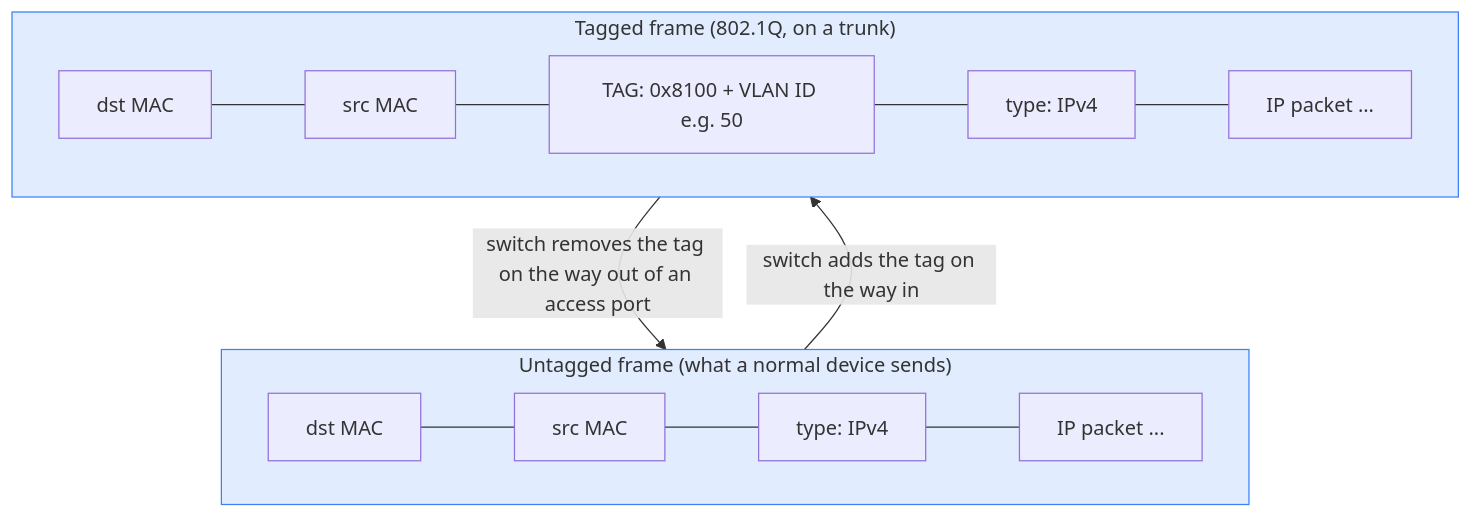
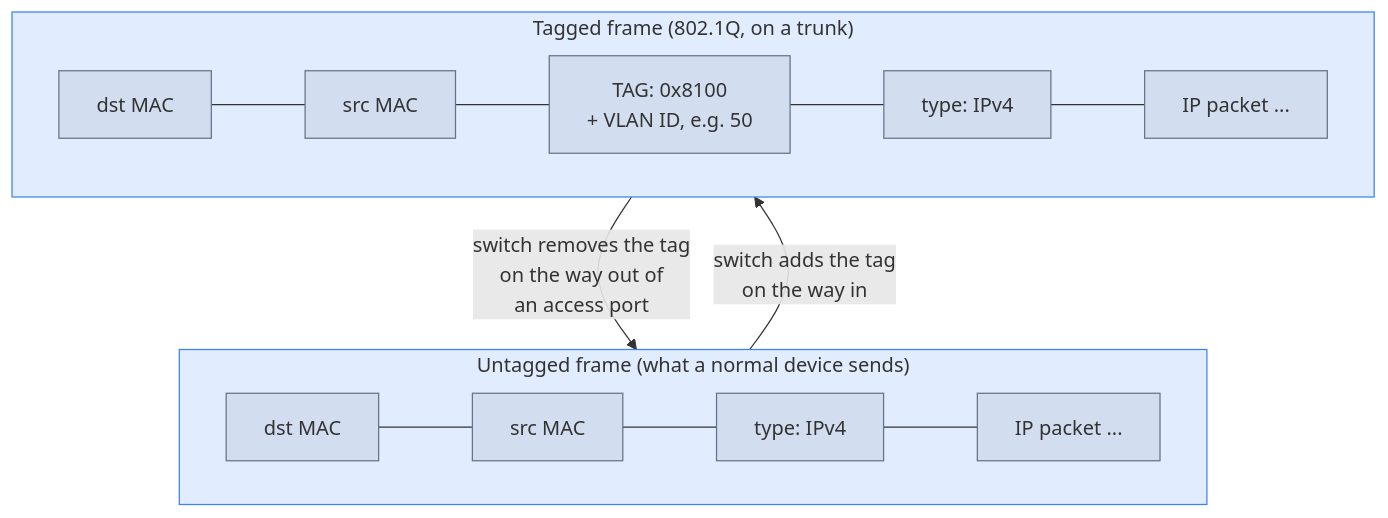
One commit to mithun3/tech-blog changed the first of 7 diagrams in content/pages/networking/basics/vlans-and-broadcast-domains.mdx. Above: the diagram before and after it, drawn with Mermaid. The commit also changed other lines of this file and 8 other files, not shown here.

Commit message:
mermaid updates.

````diff
--- a/content/pages/networking/basics/vlans-and-broadcast-domains.mdx
+++ b/content/pages/networking/basics/vlans-and-broadcast-domains.mdx
@@ -39,13 +39,29 @@
 ```mermaid
+---
+config:
+  look: classic
+  fontFamily: "system-ui, -apple-system, Segoe UI, Roboto, Helvetica, Arial, sans-serif"
+  themeCSS: ".node rect, .cluster rect { rx: 6px; ry: 6px; }"
+  flowchart:
+    wrappingWidth: 200
+    minNodeWidth: 80
+  themeVariables:
+    mainBkg: "#64748b1f"
+    nodeBorder: "#64748b"
+    clusterBkg: "#64748b14"
+    clusterBorder: "#64748b99"
+---
 flowchart TB
     subgraph U["Untagged frame (what a normal device sends)"]
+        direction LR
         U1["dst MAC"] --- U2["src MAC"] --- U3["type: IPv4"] --- U4["IP packet ..."]
     end
     subgraph T["Tagged frame (802.1Q, on a trunk)"]
-        T1["dst MAC"] --- T2["src MAC"] --- T3["TAG: 0x8100 + VLAN ID e.g. 50"] --- T4["type: IPv4"] --- T5["IP packet ..."]
+        direction LR
+        T1["dst MAC"] --- T2["src MAC"] --- T3["TAG: 0x8100<br/>+ VLAN ID, e.g. 50"] --- T4["type: IPv4"] --- T5["IP packet ..."]
     end
-    U -->|"switch adds the tag on the way in"| T
-    T -->|"switch removes the tag on the way out of an access port"| U
+    U -->|"switch adds the tag<br/>on the way in"| T
+    T -->|"switch removes the tag<br/>on the way out of<br/>an access port"| U
     style U fill:#3b82f626,stroke:#3b82f6
     style T fill:#3b82f626,stroke:#3b82f6
 ```
````
